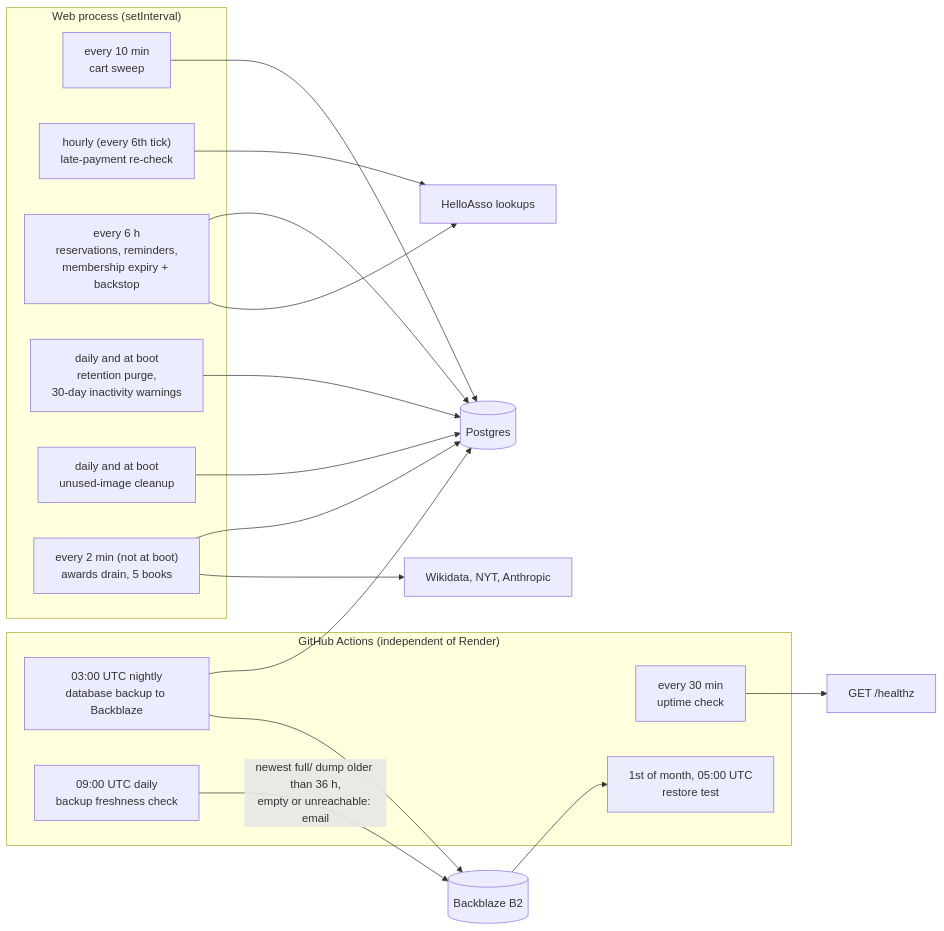
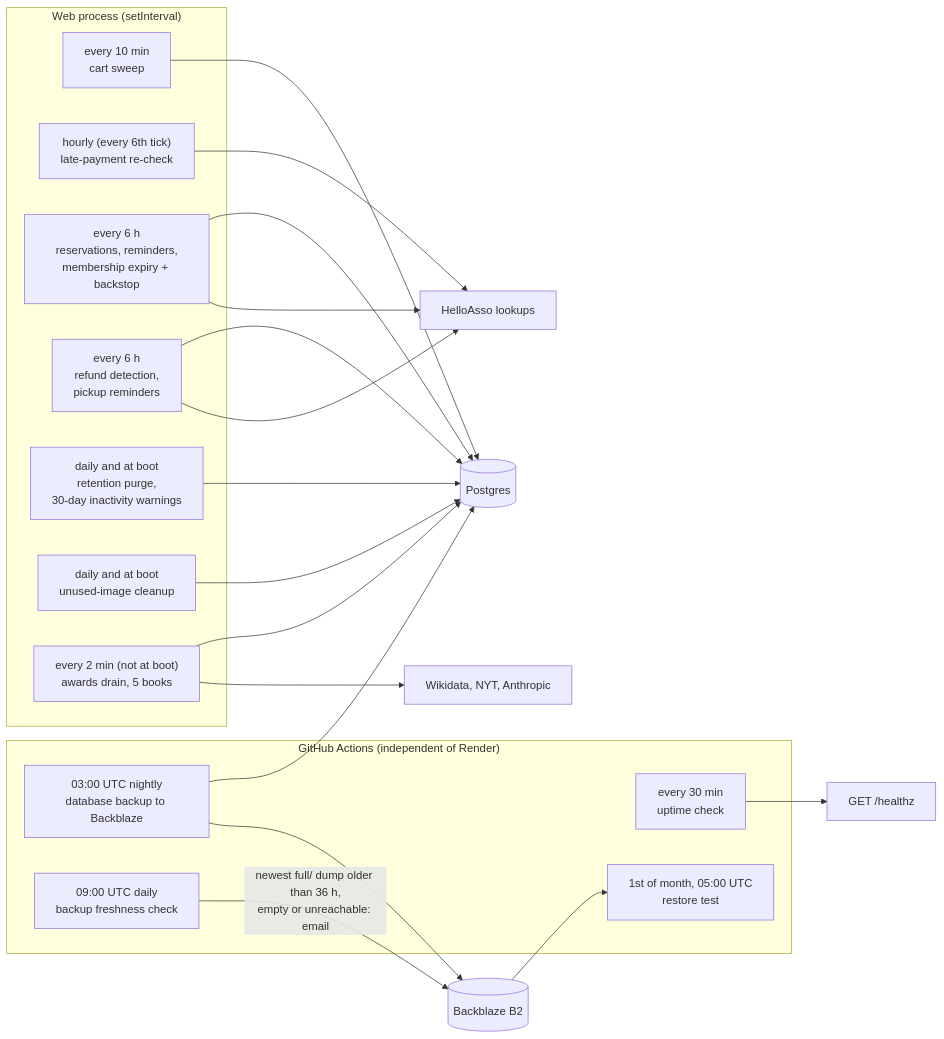
Before and after one commit to umasbooksadmin/umasbookswebsite: diagram 11 of 15 in docs/architecture.md, drawn with Mermaid. The commit also changed other lines of this file and 28 other files, not shown here.

````diff
--- a/docs/architecture.md
+++ b/docs/architecture.md
@@ -688,30 +711,33 @@
 ```mermaid
 flowchart LR
   subgraph proc["Web process (setInterval)"]
     A["every 10 min<br/>cart sweep"] 
     B["hourly (every 6th tick)<br/>late-payment re-check"]
     C["every 6 h<br/>reservations, reminders,<br/>membership expiry + backstop"]
+    OF["every 6 h<br/>refund detection,<br/>pickup reminders"]
     P["daily and at boot<br/>retention purge,<br/>30-day inactivity warnings"]
     IC["daily and at boot<br/>unused-image cleanup"]
     AW["every 2 min (not at boot)<br/>awards drain, 5 books"]
   end
   subgraph gha["GitHub Actions (independent of Render)"]
     D["every 30 min<br/>uptime check"]
     E["03:00 UTC nightly<br/>database backup to Backblaze"]
     F["1st of month, 05:00 UTC<br/>restore test"]
     FR["09:00 UTC daily<br/>backup freshness check"]
   end
   A --> DB[("Postgres")]
   B --> HA["HelloAsso lookups"]
   C --> DB
   C --> HA
+  OF --> DB
+  OF --> HA
   D --> W["GET /healthz"]
   P --> DB
   E --> DB
   E --> BK[("Backblaze B2")]
   BK --> F
   FR -->|"newest full/ dump older than 36 h,<br/>empty or unreachable: email"| BK
   IC --> DB
   AW --> DB
   AW --> EXT["Wikidata, NYT, Anthropic"]
 ```
````
